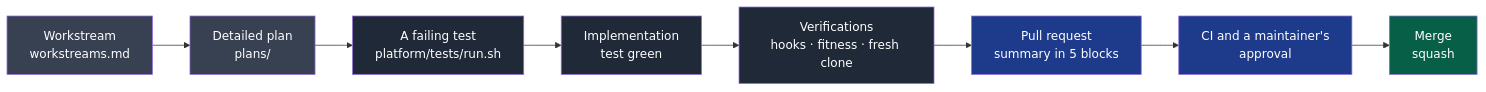
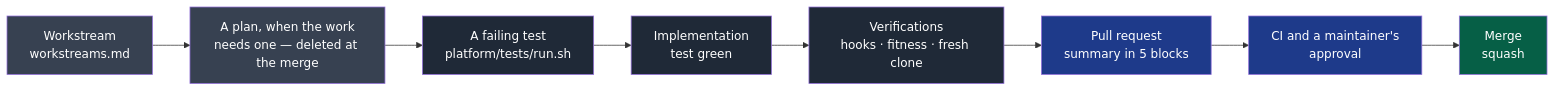
Before and after one commit to NapkinStack/engineering-os: the first of 2 diagrams in CONTRIBUTING.md, drawn with Mermaid. The commit also changed other lines of this file and 41 other files, not shown here.

````diff
--- a/CONTRIBUTING.md
+++ b/CONTRIBUTING.md
@@ -8,15 +8,15 @@
 ```mermaid
 flowchart LR
-    C["Workstream<br/>workstreams.md"]:::tracking --> P["Detailed plan<br/>plans/"]:::tracking
+    C["Workstream<br/>workstreams.md"]:::tracking --> P["A plan, when the work<br/>needs one — deleted at the merge"]:::tracking
     P --> T["A failing test<br/>platform/tests/run.sh"]:::code
     T --> I["Implementation<br/>test green"]:::code
     I --> V["Verifications<br/>hooks · fitness · fresh clone"]:::code
     V --> R["Pull request<br/>summary in 5 blocks"]:::review
     R --> CI["CI and a maintainer's<br/>approval"]:::review
     CI --> M["Merge<br/>squash"]:::done
 
     classDef tracking fill:#374151,color:#fff
     classDef code fill:#1f2937,color:#fff
     classDef review fill:#1e3a8a,color:#fff
     classDef done fill:#065f46,color:#fff
 ```
````
